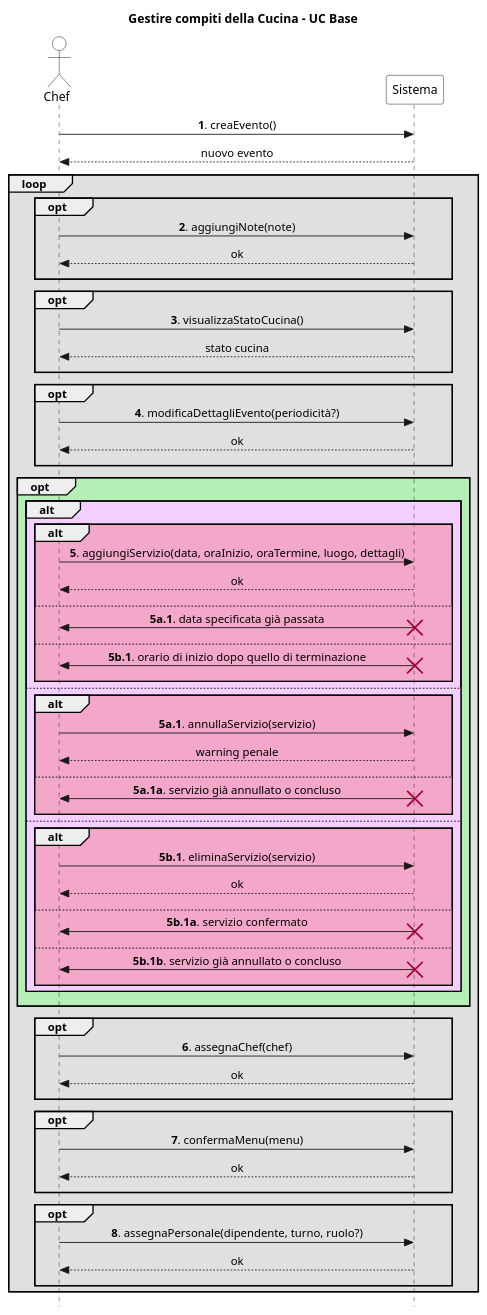
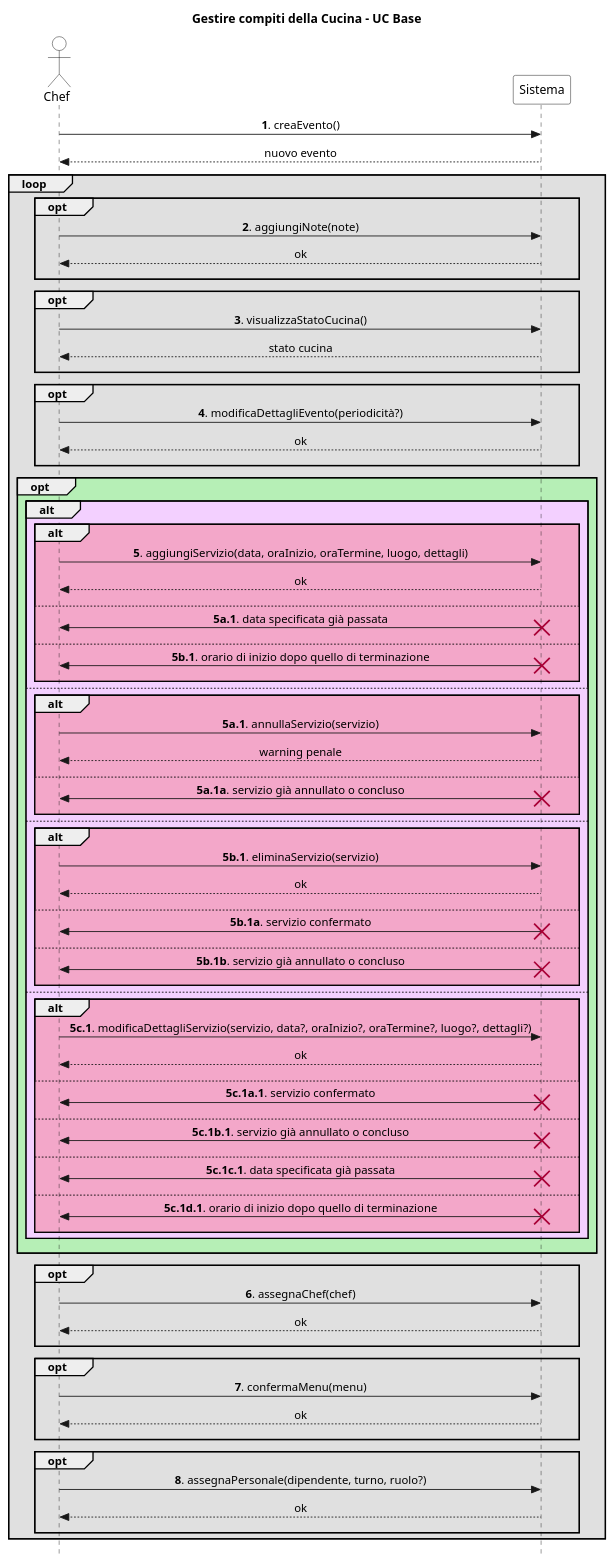
The diagram in UP/Requisiti/UC Gestire Eventi/SSD/Estensioni-Eccezioni Op5.puml (stefa168/sas-project), drawn with PlantUML before and after one commit.

Commit message:
Aggiunta estensione 5c e relative eccezioni

```diff
--- a/UP/Requisiti/UC Gestire Eventi/SSD/Estensioni-Eccezioni Op5.puml
+++ b/UP/Requisiti/UC Gestire Eventi/SSD/Estensioni-Eccezioni Op5.puml
@@ -1,100 +1,122 @@
 @startuml
 skinparam Style strictuml
 skinparam SequenceMessageAlign center
 
 skinparam sequence {
     ActorBorderColor Black
     ActorBackgroundColor White
     ParticipantBorderColor Black
     ParticipantBackgroundColor White
 }
 
 actor Chef
 participant Sistema
 
 title Gestire compiti della Cucina - UC Base
 
 Chef -> Sistema: **1**. creaEvento()
 return nuovo evento
 
 loop #e0e0e0
     opt #e0e0e0
         Chef -> Sistema: **2**. aggiungiNote(note)
         return ok
         ||10||
     end
 
     opt #e0e0e0
         Chef -> Sistema: **3**. visualizzaStatoCucina()
         return stato cucina
         ||10||
     end
 
     opt #e0e0e0
         Chef -> Sistema: **4**. modificaDettagliEvento(periodicità?)
         return ok
         ||10||
     end
 
     opt #b6efb6
         alt #f3d0ff
             alt #f3a7c9
                 Chef -> Sistema: **5**. aggiungiServizio(data, oraInizio, oraTermine, luogo, dettagli)
                 return ok
                 ||10||
             else
                 Chef <- Sistema: **5a.1**. data specificata già passata
                 destroy Sistema
                 ||10||
             else
                 Chef <- Sistema: **5b.1**. orario di inizio dopo quello di terminazione
                 destroy Sistema
                 ||10||
             end
         else
             alt #f3a7c9
                 Chef -> Sistema: **5a.1**. annullaServizio(servizio)
                 return warning penale
                 ||10||
             else
                 Chef <- Sistema: **5a.1a**. servizio già annullato o concluso
                 destroy Sistema
                 ||10||
             end
         else
             alt #f3a7c9
                 Chef -> Sistema: **5b.1**. eliminaServizio(servizio)
                 return ok
                 ||10||
             else
                 Chef <- Sistema: **5b.1a**. servizio confermato
                 destroy Sistema
                 ||10||
             else
                 Chef <- Sistema: **5b.1b**. servizio già annullato o concluso
                 destroy Sistema
                 ||10||
             end
+        else
+            alt #f3a7c9
+                Chef -> Sistema: **5c.1**. modificaDettagliServizio(servizio, data?, oraInizio?, oraTermine?, luogo?, dettagli?)
+                return ok
+                ||10||
+            else
+                Chef <- Sistema: **5c.1a.1**. servizio confermato
+                destroy Sistema
+                ||10||
+            else
+                Chef <- Sistema: **5c.1b.1**. servizio già annullato o concluso
+                destroy Sistema
+                ||10||
+            else
+                Chef <- Sistema: **5c.1c.1**. data specificata già passata
+                destroy Sistema
+                ||10||
+            else
+                Chef <- Sistema: **5c.1d.1**. orario di inizio dopo quello di terminazione
+                destroy Sistema
+                ||10||
+            end
         end
         ||10||
     end
 
     opt #e0e0e0
         Chef -> Sistema: **6**. assegnaChef(chef)
         return ok
         ||10||
     end
 
     opt #e0e0e0
         Chef -> Sistema: **7**. confermaMenu(menu)
         return ok
         ||10||
     end
 
     opt #e0e0e0
         Chef -> Sistema: **8**. assegnaPersonale(dipendente, turno, ruolo?)
         return ok
         ||10||
     end
 end
 @enduml
```
